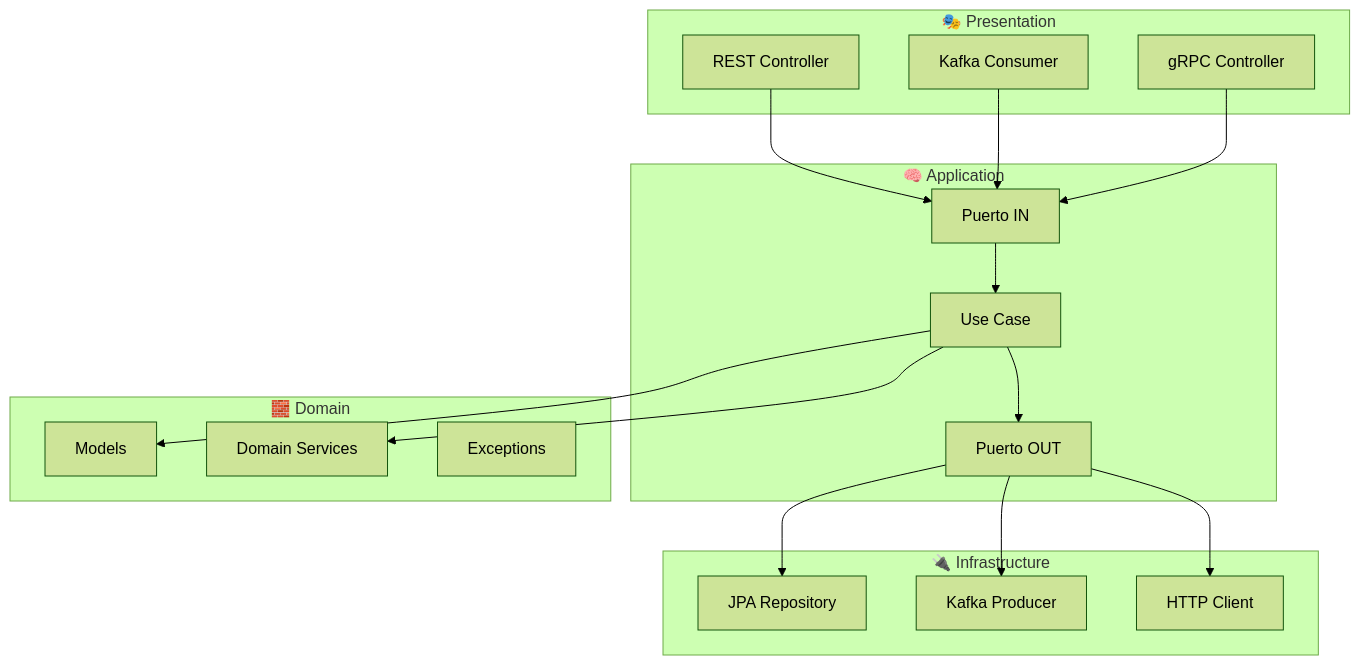
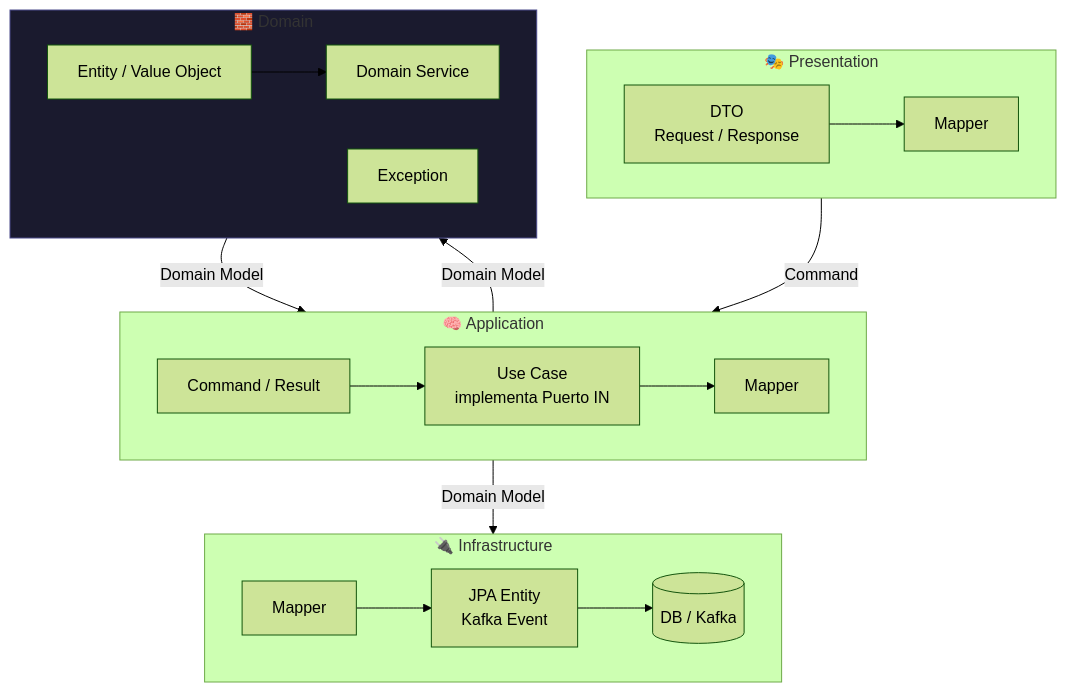
Before and after one commit to wikicode96/software-architecture: the first of 5 diagrams in software-design/README.md, drawn with Mermaid (forest theme). The commit also changed other lines of this file, not shown here.

````diff
--- a/software-design/README.md
+++ b/software-design/README.md
@@ -69,39 +13,50 @@
 ```mermaid
-graph TD
-    subgraph Presentation["🎭 Presentation"]
-        REST[REST Controller]
-        KAFKA_IN[Kafka Consumer]
-        GRPC[gRPC Controller]
+flowchart TD
+    subgraph PRES["🎭 Presentation"]
+        direction LR
+        DTO["   
+            DTO
+            Request / Response
+        "]
+        DtoMapper["Mapper"]
+        DTO --> DtoMapper
     end
 
-    subgraph Application["🧠 Application"]
-        PORT_IN[Puerto IN]
-        UC[Use Case]
-        PORT_OUT[Puerto OUT]
+    subgraph APP["🧠 Application"]
+        direction LR
+        CMD["Command / Result"]
+        UC["
+            Use Case
+            implementa Puerto IN
+        "]
+        AppMapper["Mapper"]
+        CMD --> UC
+        UC --> AppMapper
     end
 
-    subgraph Domain["🧱 Domain"]
-        MODEL[Models]
-        DS[Domain Services]
-        EXC[Exceptions]
+    subgraph DOMAIN["🧱 Domain"]
+        direction LR
+        MODEL["Entity / Value Object"]
+        DS["Domain Service"]
+        EXC["Exception"]
+        MODEL --> DS
     end
 
-    subgraph Infrastructure["🔌 Infrastructure"]
-        JPA[JPA Repository]
-        KAFKA_OUT[Kafka Producer]
-        HTTP[HTTP Client]
+    subgraph INFRA["🔌 Infrastructure"]
+        direction LR
+        InfraMapper["Mapper"]
+        ENTITY["
+            JPA Entity
+            Kafka Event
+        "]
+        DB[("DB / Kafka")]
+        InfraMapper --> ENTITY --> DB
     end
 
-    REST --> PORT_IN
-    KAFKA_IN --> PORT_IN
-    GRPC --> PORT_IN
+    DtoMapper -->|Command| CMD
+    AppMapper -->|Domain Model| MODEL
+    DS -->|Domain Model| AppMapper
+    AppMapper -->|Domain Model| InfraMapper
 
-    PORT_IN --> UC
-    UC --> DS
-    UC --> MODEL
-    UC --> PORT_OUT
-
-    PORT_OUT --> JPA
-    PORT_OUT --> KAFKA_OUT
-    PORT_OUT --> HTTP
+    style DOMAIN fill:#1a1a2e,stroke:#4a4a8a
 ```
````
